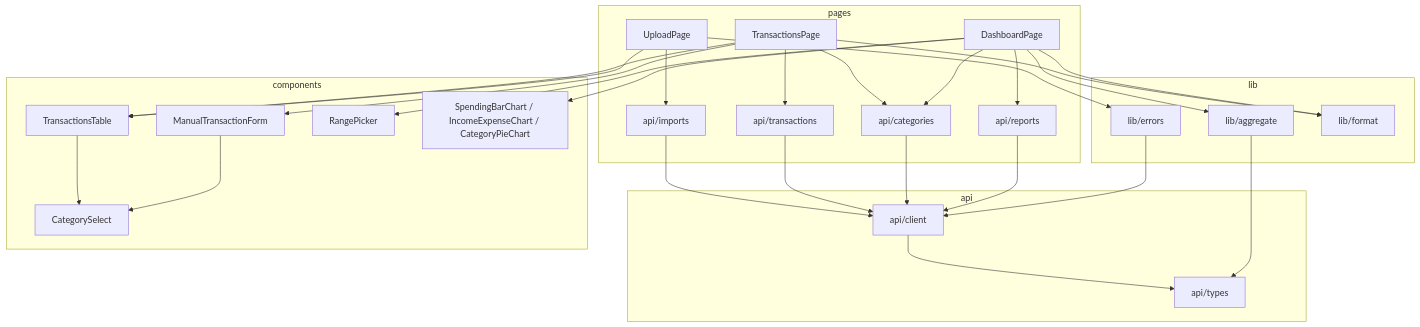
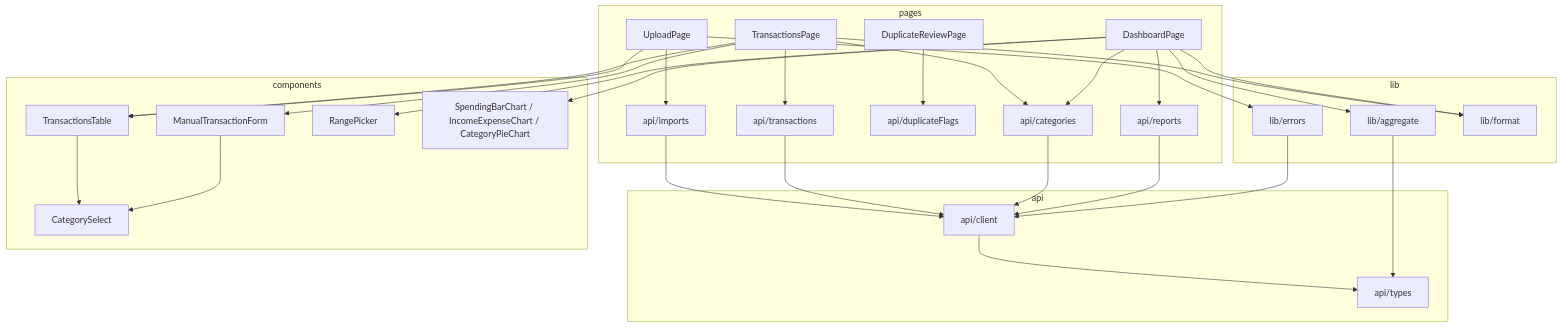
The diagram in ExpenseTracker/plans/frontend-low-level-design.md (sunil816/expense_tracker), drawn with Mermaid before and after one commit. The commit also changed other lines of this file and 11 other files, not shown here.

````diff
--- a/ExpenseTracker/plans/frontend-low-level-design.md
+++ b/ExpenseTracker/plans/frontend-low-level-design.md
@@ -17,32 +17,33 @@
 ```mermaid
 flowchart TD
     subgraph pages
         UP[UploadPage] --> IMP[api/imports]
         TP[TransactionsPage] --> TX[api/transactions]
+        DR[DuplicateReviewPage] --> DF[api/duplicateFlags]
         TP --> CAT[api/categories]
         DP[DashboardPage] --> REP[api/reports]
         DP --> CAT
     end
     subgraph api
         IMP --> CL[api/client]
         TX --> CL
         CAT --> CL
         REP --> CL
         CL --> TYPES[api/types]
     end
     subgraph lib
         DP --> AGG[lib/aggregate]
         UP --> ERR[lib/errors]
         TP --> FMT[lib/format]
         DP --> FMT
         AGG --> TYPES
         ERR --> CL
     end
     subgraph components
         TP --> TT[TransactionsTable] --> CS[CategorySelect]
         TP --> MTF[ManualTransactionForm] --> CS
         UP --> TT
         DP --> RP[RangePicker]
         DP --> CH[SpendingBarChart / IncomeExpenseChart / CategoryPieChart]
     end
 ```
````
